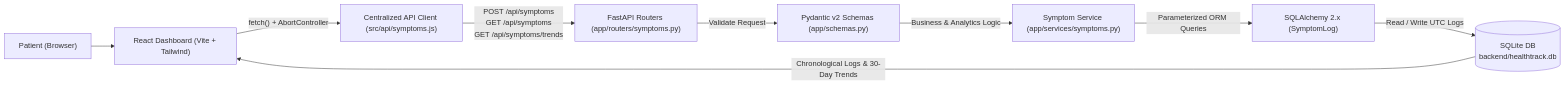
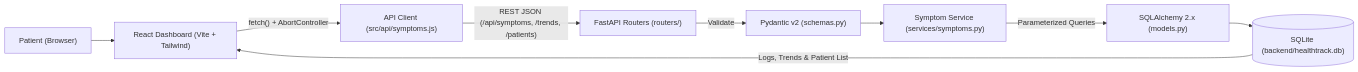
Before and after one commit to SuhasVarmaGadiraju/HealthTrack: the diagram in README.md, drawn with Mermaid. The commit also changed other lines of this file, not shown here.

Commit message:
docs: refine README with dynamic patient selection and concise technical writing

````diff
--- a/README.md
+++ b/README.md
@@ -78,11 +36,11 @@
 ```mermaid
 flowchart LR
-    Patient["Patient (Browser)"] --> React["React Dashboard (Vite + Tailwind)"]
-    React -->|"fetch() + AbortController"| ApiClient["Centralized API Client (src/api/symptoms.js)"]
-    ApiClient -->|"POST /api/symptoms<br/>GET /api/symptoms<br/>GET /api/symptoms/trends"| FastAPI["FastAPI Routers (app/routers/symptoms.py)"]
-    FastAPI -->|"Validate Request"| Pydantic["Pydantic v2 Schemas (app/schemas.py)"]
-    Pydantic -->|"Business & Analytics Logic"| Service["Symptom Service (app/services/symptoms.py)"]
-    Service -->|"Parameterized ORM Queries"| ORM["SQLAlchemy 2.x (SymptomLog)"]
-    ORM -->|"Read / Write UTC Logs"| SQLite[("SQLite DB<br/>backend/healthtrack.db")]
-    SQLite -->|"Chronological Logs & 30-Day Trends"| React
+    User["Patient (Browser)"] --> UI["React Dashboard (Vite + Tailwind)"]
+    UI -->|"fetch() + AbortController"| Client["API Client (src/api/symptoms.js)"]
+    Client -->|"REST JSON (/api/symptoms, /trends, /patients)"| API["FastAPI Routers (routers/)"]
+    API -->|"Validate"| Schemas["Pydantic v2 (schemas.py)"]
+    Schemas --> Service["Symptom Service (services/symptoms.py)"]
+    Service -->|"Parameterized Queries"| ORM["SQLAlchemy 2.x (models.py)"]
+    ORM --> DB[("SQLite (backend/healthtrack.db)")]
+    DB -->|"Logs, Trends & Patient List"| UI
 ```
````
